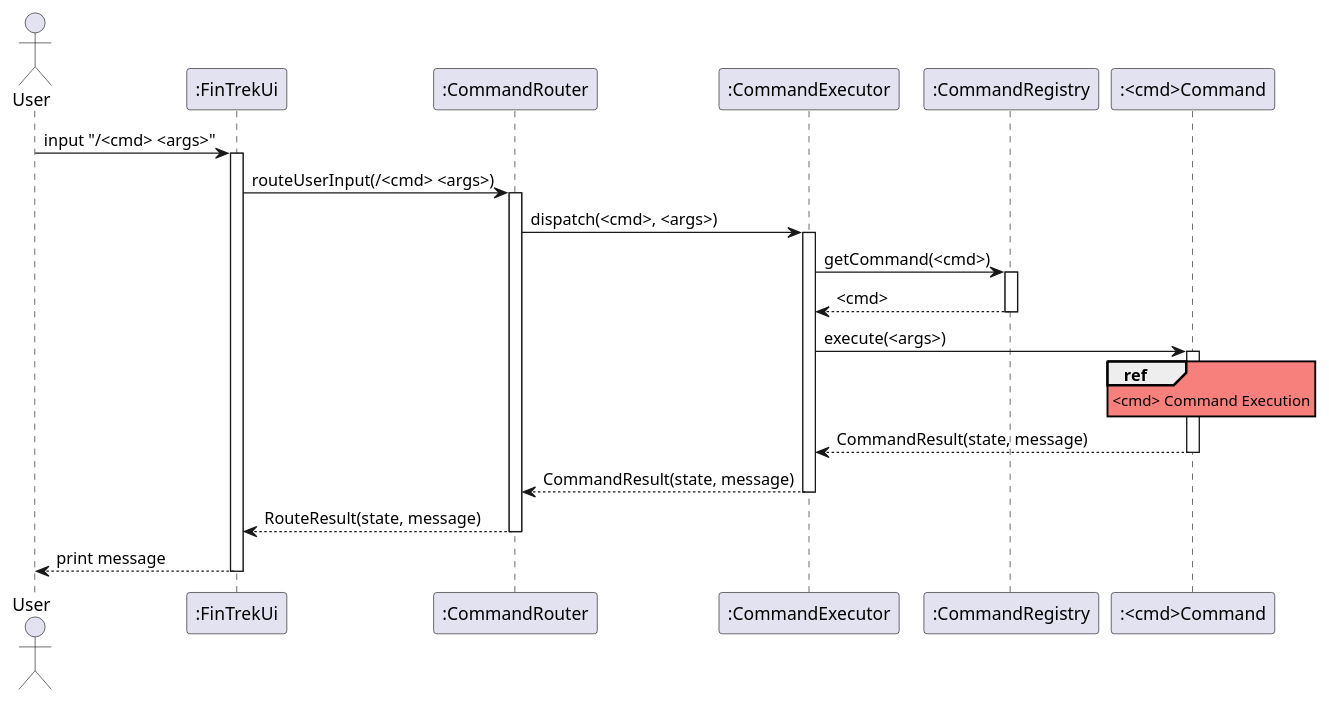
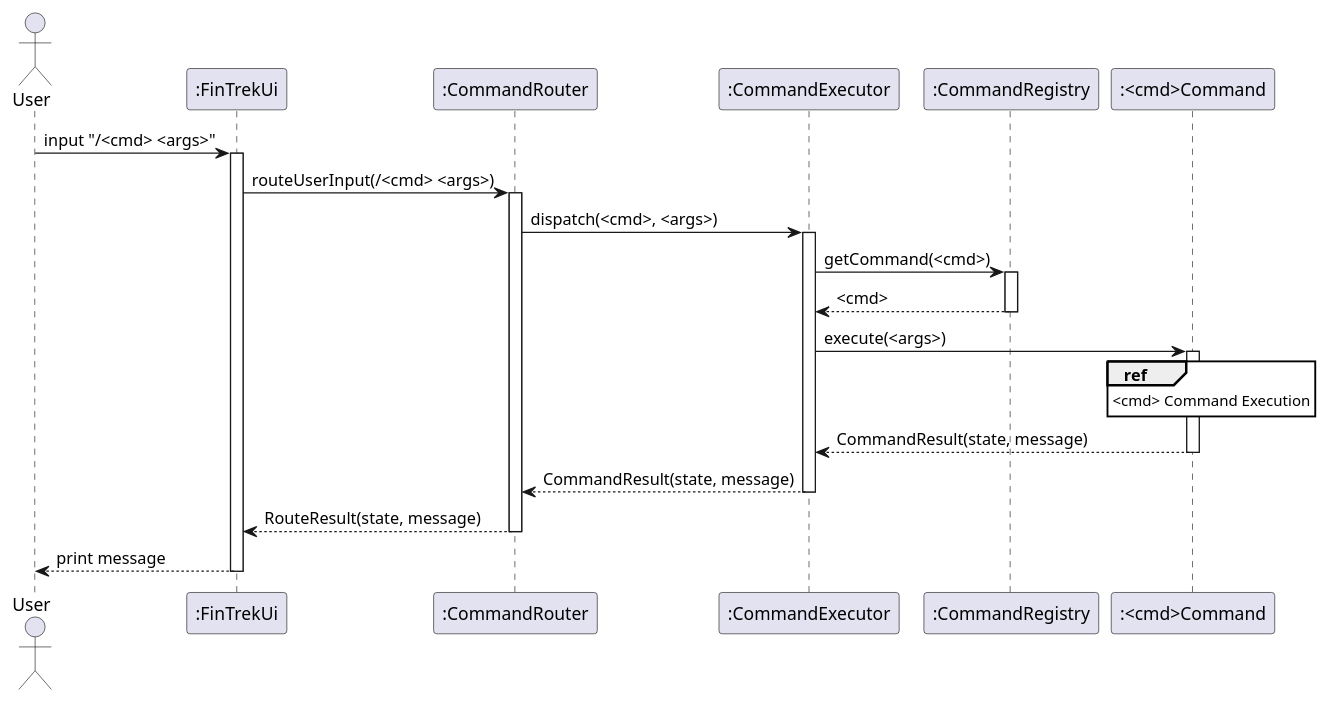
One commit to randust/tp changed the diagram in docs/diagrams/sequence/parse_w_ref.puml. Above: the diagram before and after it, drawn with PlantUML. The commit also changed 4 other files, not shown here.

Commit message:
Updated add sequence diagram to include parsing

```diff
--- a/docs/diagrams/sequence/parse_w_ref.puml
+++ b/docs/diagrams/sequence/parse_w_ref.puml
@@ -1,48 +1,48 @@
 @startuml
-skinparam sequenceReferenceBackgroundColor #f7807c
+skinparam sequenceReferenceBackgroundColor #white
 actor "User" as user
 participant ":FinTrekUi" as FT
 participant ":CommandRouter" as router
 participant ":CommandExecutor" as executor
 participant ":CommandRegistry" as registry
 
 participant ":<cmd>Command" as SC
 
 
 user -> FT: input "/<cmd> <args>"
 activate FT
 
 
 FT -> router: routeUserInput(/<cmd> <args>)
 activate router
 
 router -> executor: dispatch(<cmd>, <args>)
 activate executor
 
 executor -> registry: getCommand(<cmd>)
 activate registry
 
 registry --> executor: <cmd>
 deactivate registry
 
 executor -> SC: execute(<args>)
 activate SC
 
 
 ref over SC
 <cmd> Command Execution
 end ref
 
 SC --> executor: CommandResult(state, message)
 deactivate SC
 
 executor --> router: CommandResult(state, message)
 deactivate executor
 
 router --> FT: RouteResult(state, message)
 deactivate router
 
 FT --> user: print message
 deactivate FT
 
 @enduml
```
